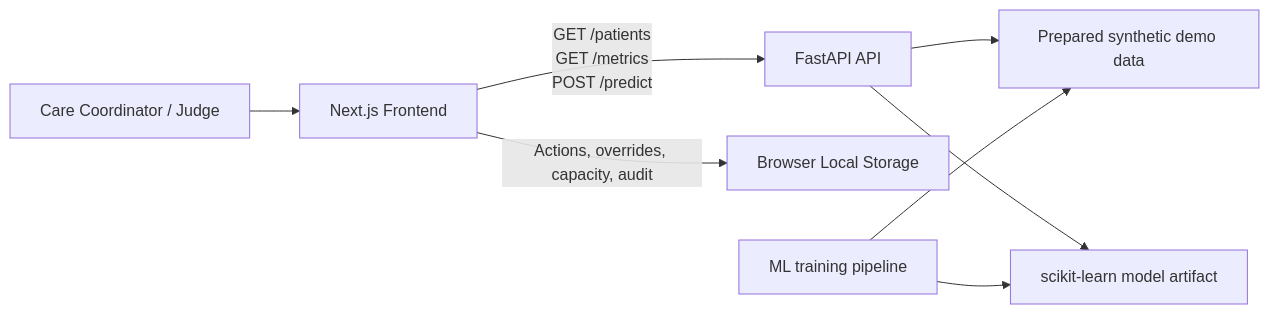
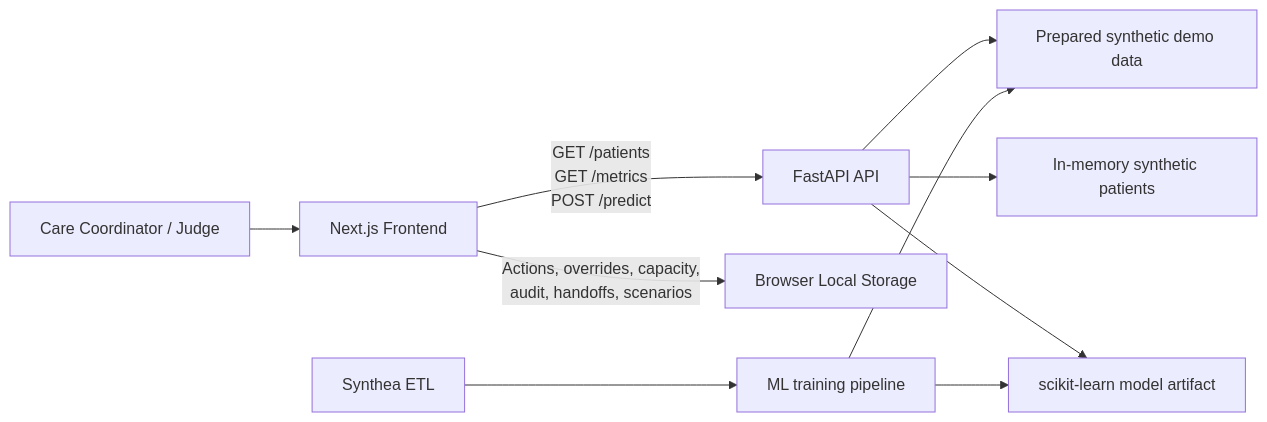
Before and after one commit to Omega-127/ReadmitFlow: the diagram in ARCHITECTURE.md, drawn with Mermaid. The commit also changed other lines of this file and 5 other files, not shown here.

````diff
--- a/ARCHITECTURE.md
+++ b/ARCHITECTURE.md
@@ -13,10 +14,12 @@
 ```mermaid
 flowchart LR
     User[Care Coordinator / Judge] --> Web[Next.js Frontend]
     Web -->|GET /patients\nGET /metrics\nPOST /predict| API[FastAPI API]
-    Web -->|Actions, overrides, capacity, audit| Storage[Browser Local Storage]
+    Web -->|Actions, overrides, capacity,\naudit, handoffs, scenarios| Storage[Browser Local Storage]
     API --> DemoData[Prepared synthetic demo data]
+    API --> SyntheticPatients[In-memory synthetic patients]
     API --> Model[scikit-learn model artifact]
     Pipeline[ML training pipeline] --> DemoData
     Pipeline --> Model
+    ETL[Synthea ETL] --> Pipeline
 ```
````
